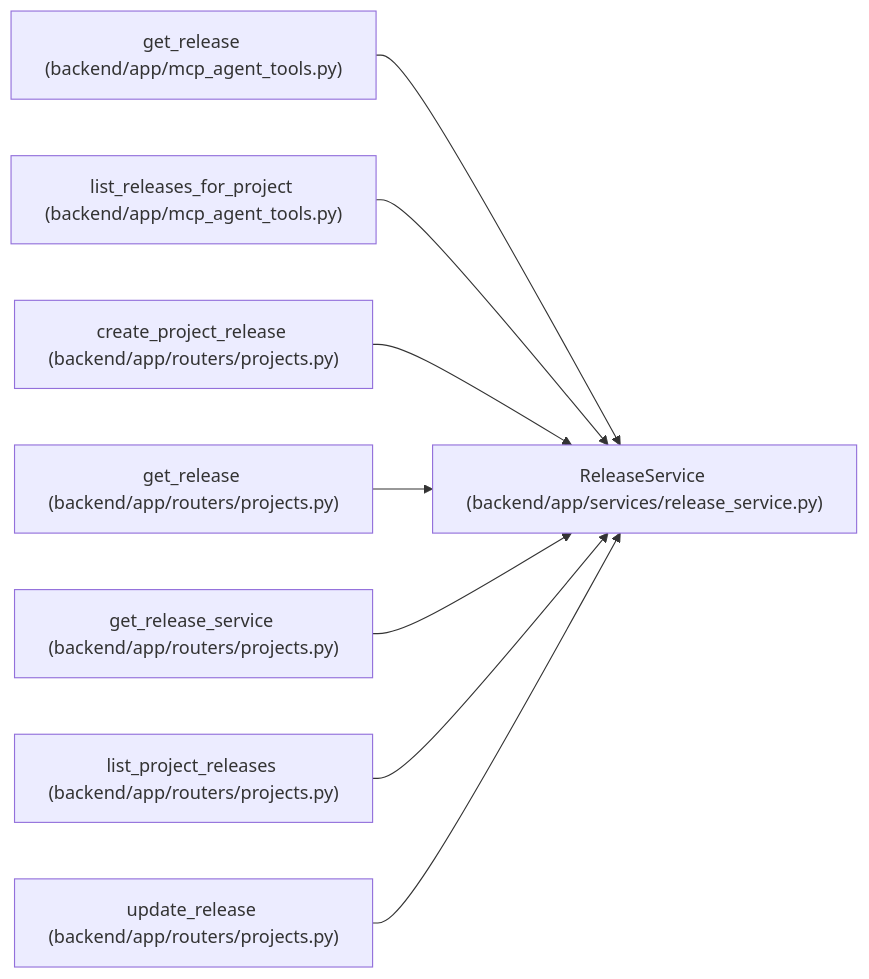
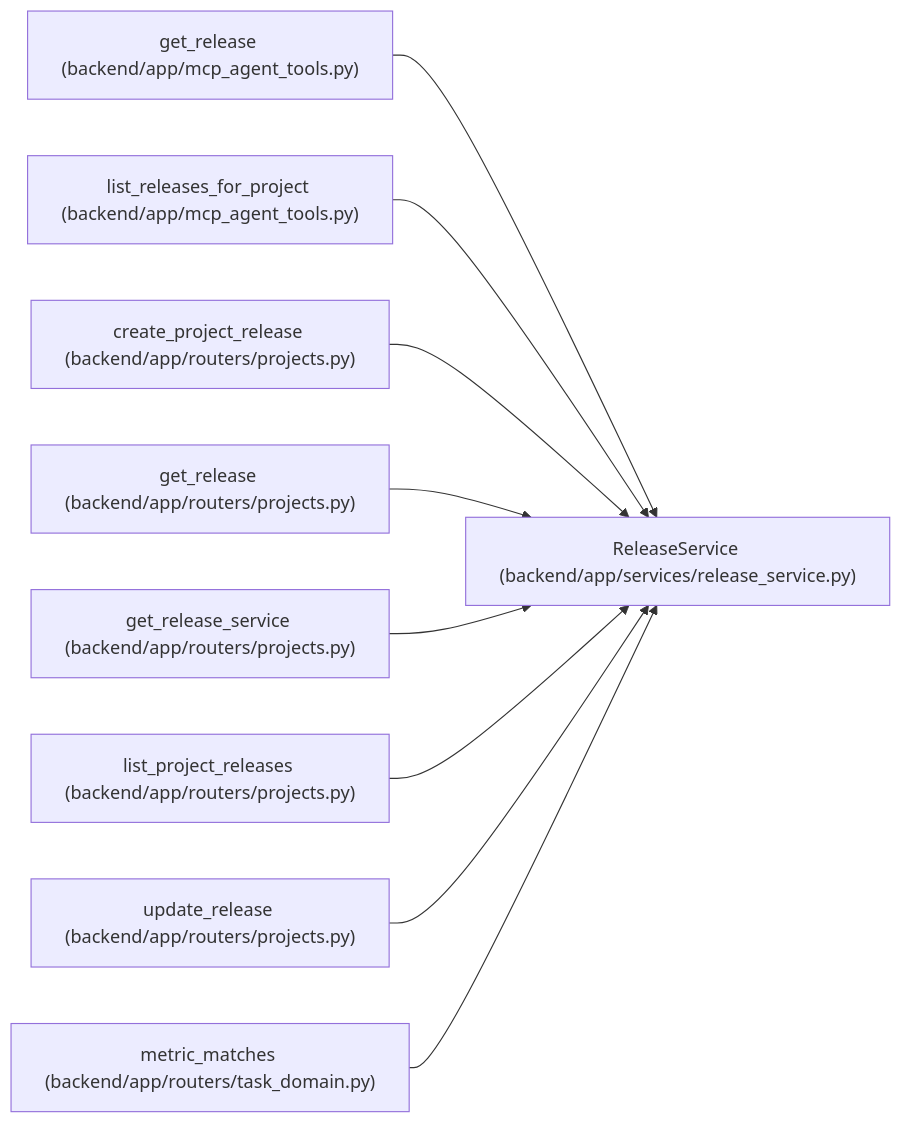
Before and after one commit to Denissvgn/WorkChord: the diagram in docs/llm_wiki/entities/ReleaseService.md, drawn with Mermaid. The commit also changed other lines of this file and 543 other files, not shown here.

````diff
--- a/docs/llm_wiki/entities/ReleaseService.md
+++ b/docs/llm_wiki/entities/ReleaseService.md
@@ -39,26 +40,29 @@
 ```mermaid
 flowchart LR
     n0["ReleaseService (backend/app/services/release_service.py)"]
     n1["get_release (backend/app/mcp_agent_tools.py)"]
     n2["list_releases_for_project (backend/app/mcp_agent_tools.py)"]
     n3["create_project_release (backend/app/routers/projects.py)"]
     n4["get_release (backend/app/routers/projects.py)"]
     n5["get_release_service (backend/app/routers/projects.py)"]
     n6["list_project_releases (backend/app/routers/projects.py)"]
     n7["update_release (backend/app/routers/projects.py)"]
+    n8["metric_matches (backend/app/routers/task_domain.py)"]
     n1 --> n0
     n2 --> n0
     n3 --> n0
     n4 --> n0
     n5 --> n0
     n6 --> n0
     n7 --> n0
+    n8 --> n0
     click n0 "../modules/release_service.md"
     click n1 "../modules/mcp_agent_tools.md"
     click n2 "../modules/mcp_agent_tools.md"
     click n3 "../modules/projects.md"
     click n4 "../modules/projects.md"
     click n5 "../modules/projects.md"
     click n6 "../modules/projects.md"
     click n7 "../modules/projects.md"
+    click n8 "../modules/routers_task_domain.md"
 ```
````
